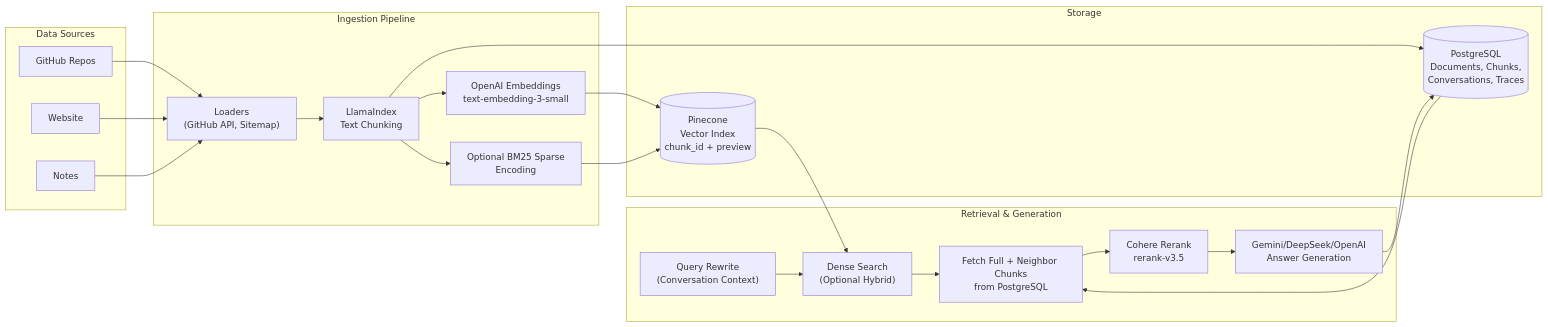
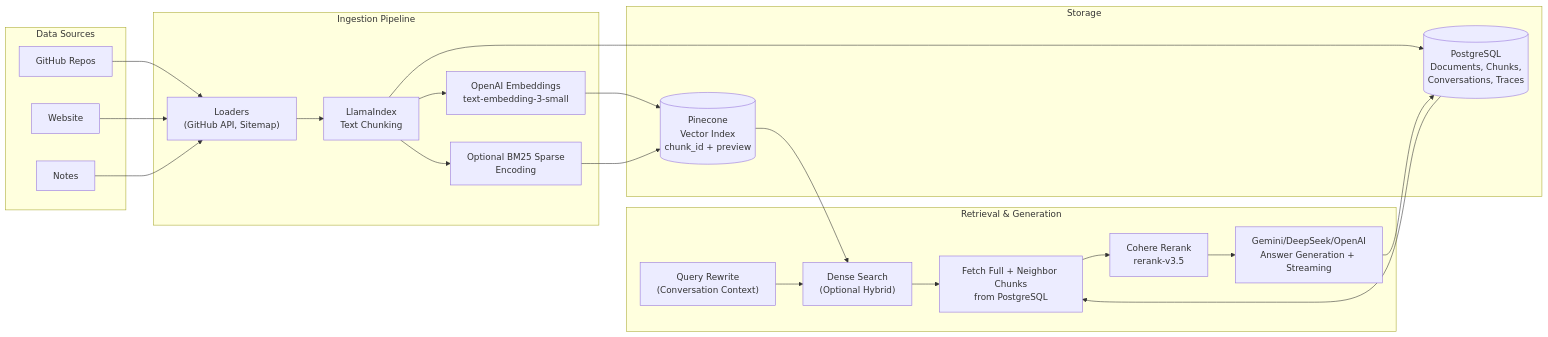
Before and after one commit to roger-twan/rag-server: the diagram in README.md, drawn with Mermaid. The commit also changed other lines of this file and 6 other files, not shown here.

````diff
--- a/README.md
+++ b/README.md
@@ -15,48 +15,48 @@
 ```mermaid
 flowchart LR
     subgraph Sources["Data Sources"]
         GH["GitHub Repos"]
         WEB["Website"]
         NOTES["Notes"]
     end
 
     subgraph Pipeline["Ingestion Pipeline"]
         LOADERS["Loaders<br/>(GitHub API, Sitemap)"]
         CHUNK["LlamaIndex<br/>Text Chunking"]
         EMBED["OpenAI Embeddings<br/>text-embedding-3-small"]
         BM25["Optional BM25 Sparse<br/>Encoding"]
     end
 
     subgraph Storage["Storage"]
         PG[("PostgreSQL<br/>Documents, Chunks,<br/>Conversations, Traces")]
         PINE[("Pinecone<br/>Vector Index<br/>chunk_id + preview")]
     end
 
     subgraph Retrieval["Retrieval & Generation"]
         REWRITE["Query Rewrite<br/>(Conversation Context)"]
         SEARCH["Dense Search<br/>(Optional Hybrid)"]
         EXPAND["Fetch Full + Neighbor Chunks<br/>from PostgreSQL"]
         RERANK["Cohere Rerank<br/>rerank-v3.5"]
-        ANSWER["Gemini/DeepSeek/OpenAI<br/>Answer Generation"]
+        ANSWER["Gemini/DeepSeek/OpenAI<br/>Answer Generation + Streaming"]
     end
 
     GH --> LOADERS
     WEB --> LOADERS
     NOTES --> LOADERS
     
     LOADERS --> CHUNK
     CHUNK --> EMBED
     CHUNK --> BM25
 
     CHUNK --> PG
     EMBED --> PINE
     BM25 --> PINE
 
     REWRITE --> SEARCH
     PINE --> SEARCH
     SEARCH --> EXPAND
     PG --> EXPAND
     EXPAND --> RERANK
     RERANK --> ANSWER
     ANSWER --> PG
 ```
````
